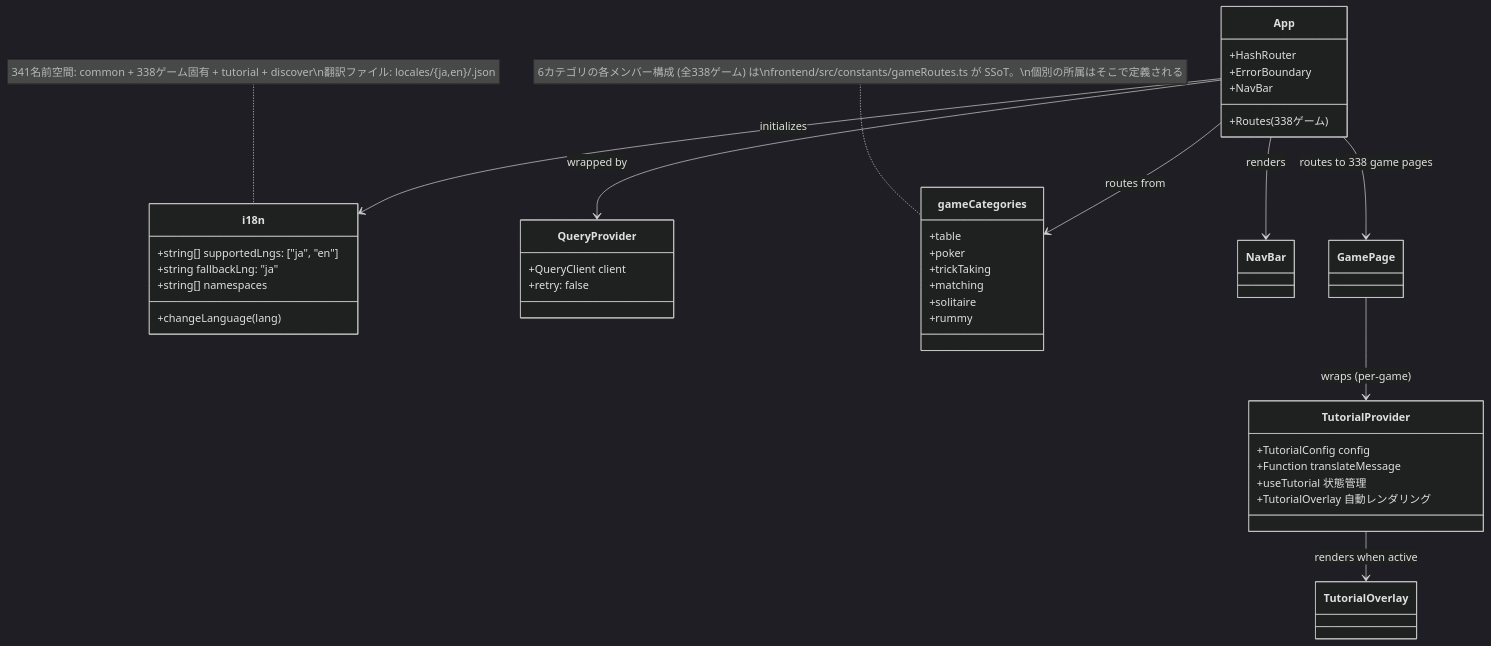
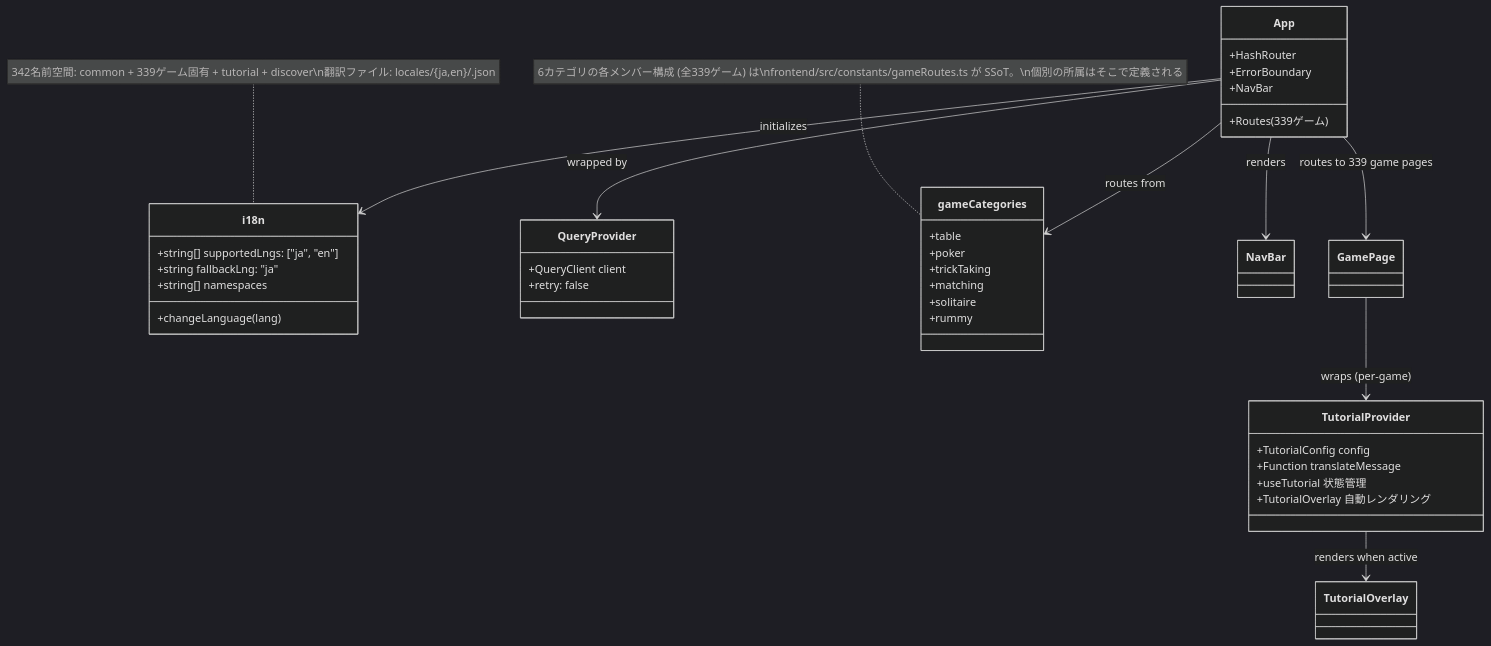
One commit to yuta-yoshinaga/go_trumpcards changed the ninth of 49 diagrams in docs/design/frontend.md. Above: the diagram before and after it, drawn with Mermaid (dark theme). The commit also changed other lines of this file and 66 other files, not shown here.

````diff
--- a/docs/design/frontend.md
+++ b/docs/design/frontend.md
@@ -1874,48 +1874,48 @@
 ```mermaid
 classDiagram
     class i18n {
         +string[] supportedLngs: ["ja", "en"]
         +string fallbackLng: "ja"
         +string[] namespaces
         +changeLanguage(lang)
     }
 
     class QueryProvider {
         +QueryClient client
         +retry: false
     }
 
     class App {
         +HashRouter
         +ErrorBoundary
         +NavBar
-        +Routes (338ゲーム)
+        +Routes (339ゲーム)
     }
 
     class gameCategories {
         +table
         +poker
         +trickTaking
         +matching
         +solitaire
         +rummy
     }
-    note for gameCategories "6カテゴリの各メンバー構成 (全338ゲーム) は\nfrontend/src/constants/gameRoutes.ts が SSoT。\n個別の所属はそこで定義される"
+    note for gameCategories "6カテゴリの各メンバー構成 (全339ゲーム) は\nfrontend/src/constants/gameRoutes.ts が SSoT。\n個別の所属はそこで定義される"
 
     class TutorialProvider {
         +TutorialConfig config
         +Function translateMessage
         +useTutorial 状態管理
         +TutorialOverlay 自動レンダリング
     }
 
     App --> QueryProvider : wrapped by
     App --> i18n : initializes
     App --> gameCategories : routes from
     App --> NavBar : renders
-    App --> GamePage : routes to 338 game pages
+    App --> GamePage : routes to 339 game pages
     GamePage --> TutorialProvider : wraps (per-game)
     TutorialProvider --> TutorialOverlay : renders when active
 
-    note for i18n "341名前空間: common + 338ゲーム固有 + tutorial + discover\n翻訳ファイル: locales/{ja,en}/<game>.json"
+    note for i18n "342名前空間: common + 339ゲーム固有 + tutorial + discover\n翻訳ファイル: locales/{ja,en}/<game>.json"
 ```
````
